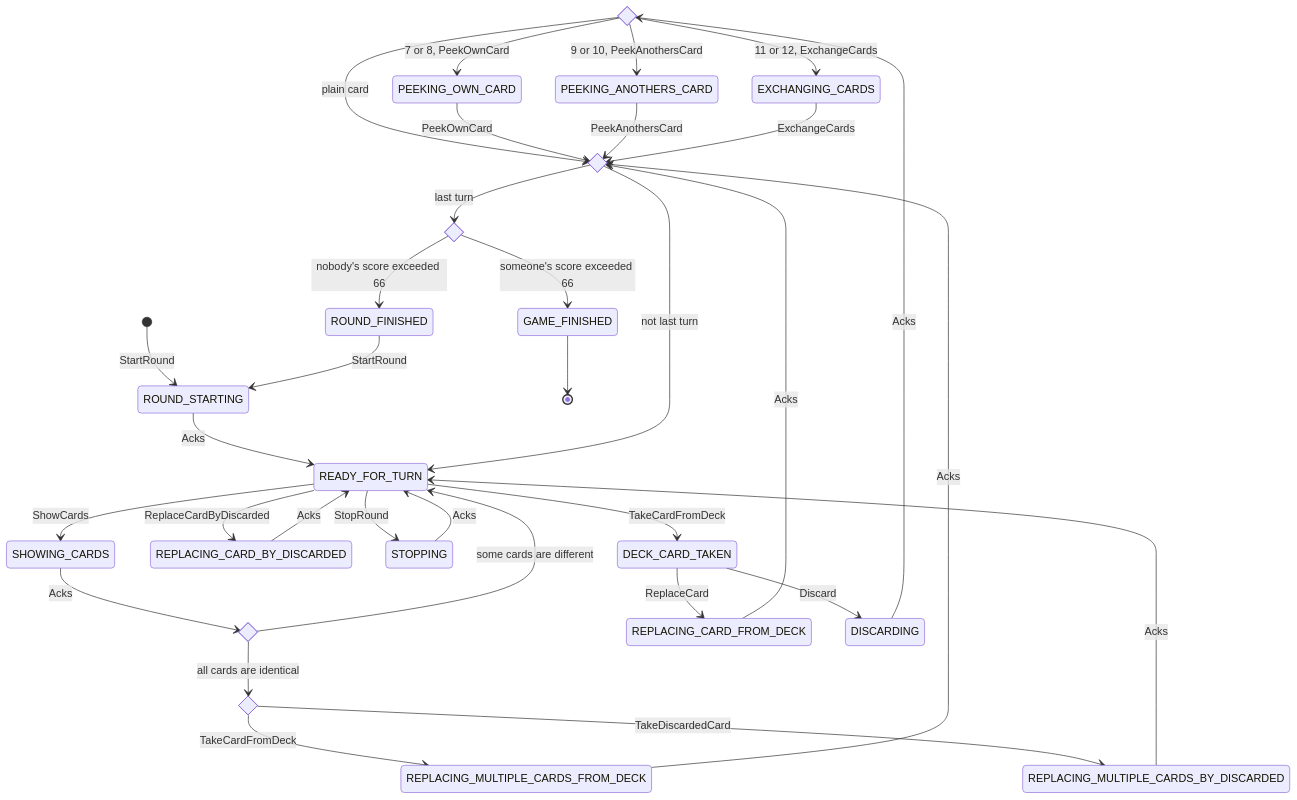
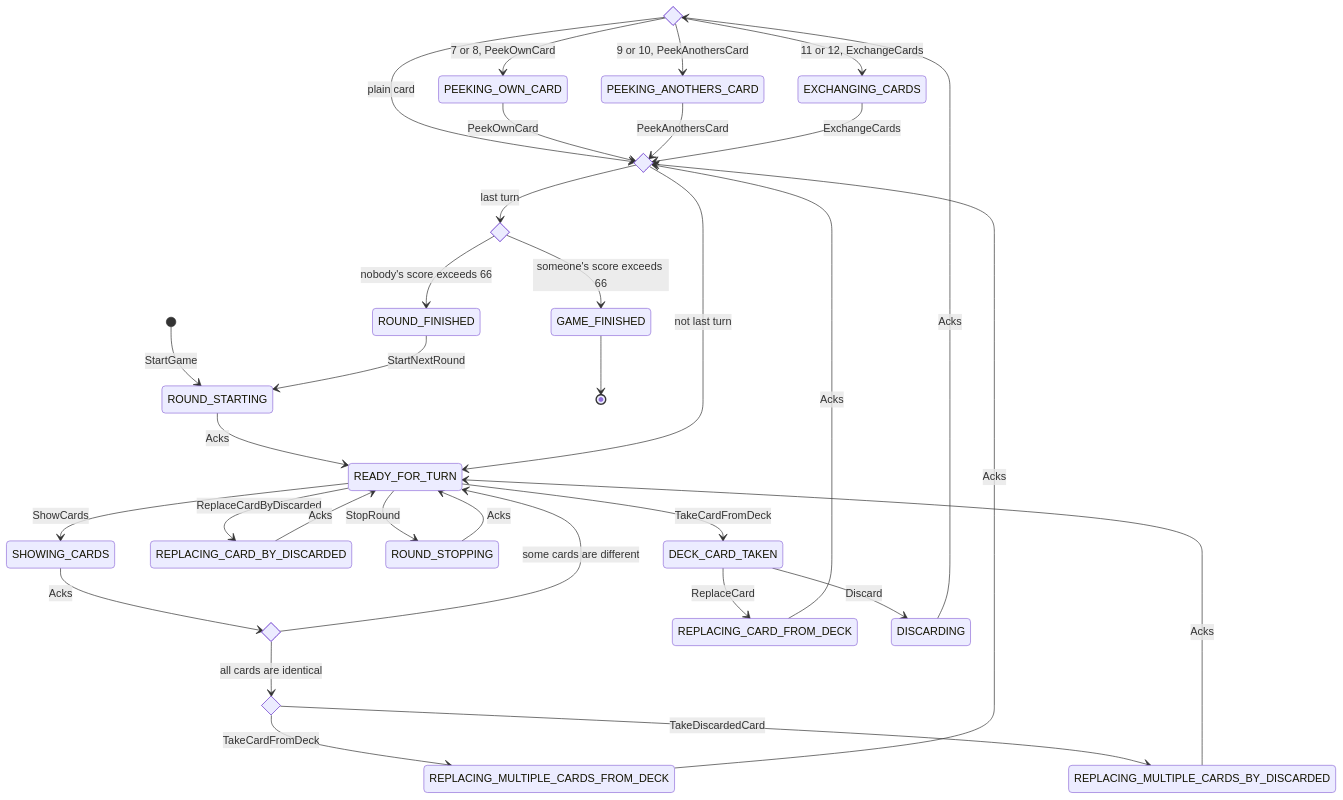
The first of 17 diagrams in README.md (roman-zubarevich/another), drawn with Mermaid before and after one commit. The commit also changed other lines of this file, not shown here.

Commit message:
adjust readme

````diff
--- a/README.md
+++ b/README.md
@@ -7,40 +7,40 @@
 ```mermaid
 stateDiagram-v2
     state discarded <<choice>>
     state comparing_cards <<choice>>
     state replacing_cards <<choice>>
     state turn_done <<choice>>
     state round_done <<choice>>
-    [*] --> ROUND_STARTING: StartRound
+    [*] --> ROUND_STARTING: StartGame
     ROUND_STARTING --> READY_FOR_TURN: Acks
     READY_FOR_TURN --> DECK_CARD_TAKEN: TakeCardFromDeck
     READY_FOR_TURN --> REPLACING_CARD_BY_DISCARDED: ReplaceCardByDiscarded
-    READY_FOR_TURN --> STOPPING: StopRound
+    READY_FOR_TURN --> ROUND_STOPPING: StopRound
     READY_FOR_TURN --> SHOWING_CARDS: ShowCards
     SHOWING_CARDS --> comparing_cards: Acks
     comparing_cards --> READY_FOR_TURN: some cards are different
     comparing_cards --> replacing_cards: all cards are identical
     replacing_cards --> REPLACING_MULTIPLE_CARDS_FROM_DECK: TakeCardFromDeck
     replacing_cards --> REPLACING_MULTIPLE_CARDS_BY_DISCARDED: TakeDiscardedCard
     DECK_CARD_TAKEN --> REPLACING_CARD_FROM_DECK: ReplaceCard
     REPLACING_CARD_FROM_DECK --> turn_done: Acks
     DECK_CARD_TAKEN --> DISCARDING: Discard
     DISCARDING --> discarded: Acks
     discarded --> turn_done: plain card
     discarded --> PEEKING_OWN_CARD: 7 or 8, PeekOwnCard
     discarded --> PEEKING_ANOTHERS_CARD: 9 or 10, PeekAnothersCard
     discarded --> EXCHANGING_CARDS: 11 or 12, ExchangeCards
     REPLACING_CARD_BY_DISCARDED --> READY_FOR_TURN: Acks
     REPLACING_MULTIPLE_CARDS_BY_DISCARDED --> READY_FOR_TURN: Acks
-    STOPPING --> READY_FOR_TURN: Acks
+    ROUND_STOPPING --> READY_FOR_TURN: Acks
     REPLACING_MULTIPLE_CARDS_FROM_DECK --> turn_done: Acks
     PEEKING_OWN_CARD --> turn_done: PeekOwnCard
     PEEKING_ANOTHERS_CARD --> turn_done: PeekAnothersCard
     EXCHANGING_CARDS --> turn_done: ExchangeCards
     turn_done --> READY_FOR_TURN: not last turn
     turn_done --> round_done: last turn
-    round_done --> ROUND_FINISHED: nobody's score exceeded 66
-    round_done --> GAME_FINISHED: someone's score exceeded 66
-    ROUND_FINISHED --> ROUND_STARTING: StartRound
+    round_done --> ROUND_FINISHED: nobody's score exceeds 66
+    round_done --> GAME_FINISHED: someone's score exceeds 66
+    ROUND_FINISHED --> ROUND_STARTING: StartNextRound
     GAME_FINISHED --> [*]
 ```
````
